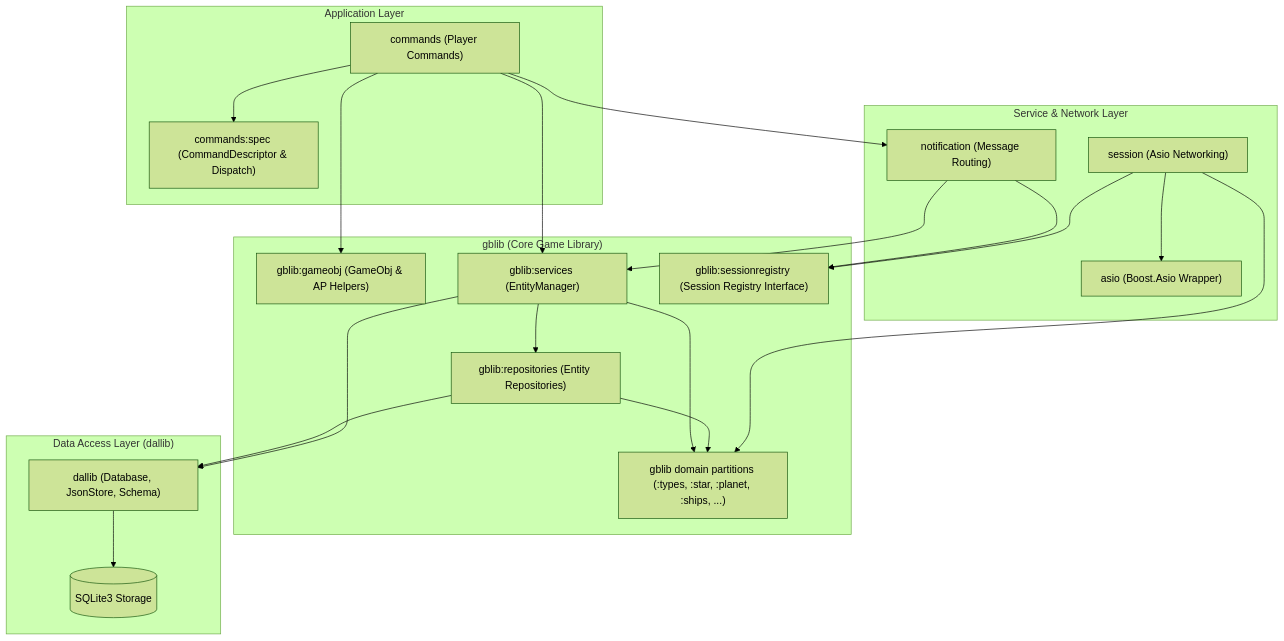
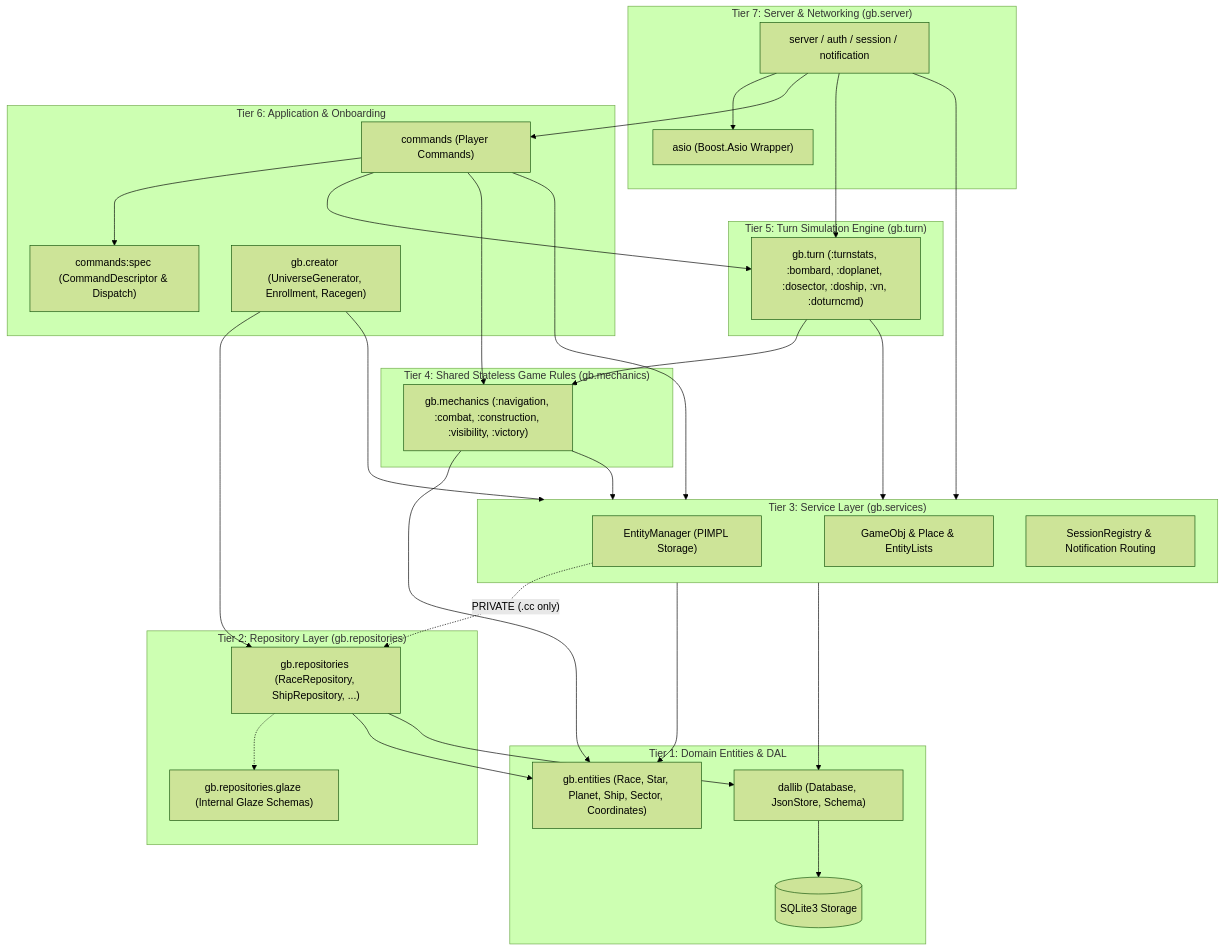
Before and after one commit to kaladron/galactic-bloodshed: the fourth of 4 diagrams in ARCHITECTURE.md, drawn with Mermaid (forest theme). The commit also changed other lines of this file and 1 other file, not shown here.

First line of the commit message:
docs(architecture): document 7-Tier C++26 Module DAG and 3-Tier Placement Rule (Phase 4.3)

````diff
--- a/ARCHITECTURE.md
+++ b/ARCHITECTURE.md
@@ -674,46 +673,66 @@
 ```mermaid
 graph TD
-    subgraph AppLayer ["Application Layer"]
+    subgraph ServerLayer ["Tier 7: Server & Networking (gb.server)"]
+        Server["server / auth / session / notification"]
+        AsioWrapper["asio (Boost.Asio Wrapper)"]
+        Server --> AsioWrapper
+    end
+
+    subgraph AppLayer ["Tier 6: Application & Onboarding"]
         Commands["commands (Player Commands)"]
         Spec["commands:spec (CommandDescriptor & Dispatch)"]
+        Creator["gb.creator (UniverseGenerator, Enrollment, Racegen)"]
         Commands --> Spec
     end
 
-    subgraph ServiceLayer ["Service & Network Layer"]
-        Session["session (Asio Networking)"]
-        Notification["notification (Message Routing)"]
-        AsioWrapper["asio (Boost.Asio Wrapper)"]
-        Session --> AsioWrapper
+    subgraph TurnLayer ["Tier 5: Turn Simulation Engine (gb.turn)"]
+        Turn["gb.turn (:turnstats, :bombard, :doplanet, :dosector, :doship, :vn, :doturncmd)"]
     end
 
-    subgraph CoreLayer ["gblib (Core Game Library)"]
-        GameObjPart["gblib:gameobj (GameObj & AP Helpers)"]
-        ServicesPart["gblib:services (EntityManager)"]
-        ReposPart["gblib:repositories (Entity Repositories)"]
-        SessionRegPart["gblib:sessionregistry (Session Registry Interface)"]
-        DomainPart["gblib domain partitions (:types, :star, :planet, :ships, ...)"]
-        
-        ServicesPart --> ReposPart
-        ServicesPart --> DomainPart
-        ReposPart --> DomainPart
+    subgraph MechanicsLayer ["Tier 4: Shared Stateless Game Rules (gb.mechanics)"]
+        Mechanics["gb.mechanics (:navigation, :combat, :construction, :visibility, :victory)"]
     end
 
-    subgraph DalLayer ["Data Access Layer (dallib)"]
+    subgraph ServicesLayer ["Tier 3: Service Layer (gb.services)"]
+        EntityMgr["EntityManager (PIMPL Storage)"]
+        GameObjPart["GameObj & Place & EntityLists"]
+        SessionRegPart["SessionRegistry & Notification Routing"]
+    end
+
+    subgraph ReposLayer ["Tier 2: Repository Layer (gb.repositories)"]
+        Repos["gb.repositories (RaceRepository, ShipRepository, ...)"]
+        GlazeSchemas["gb.repositories.glaze (Internal Glaze Schemas)"]
+        Repos -.-> GlazeSchemas
+    end
+
+    subgraph FoundationLayer ["Tier 1: Domain Entities & DAL"]
+        Entities["gb.entities (Race, Star, Planet, Ship, Sector, Coordinates)"]
         DAL["dallib (Database, JsonStore, Schema)"]
         SQLite[("SQLite3 Storage")]
         DAL --> SQLite
     end
 
-    Commands --> GameObjPart
-    Commands --> ServicesPart
-    Commands --> Notification
+    Server --> Commands
+    Server --> Turn
+    Server --> ServicesLayer
 
-    Notification --> ServicesPart
-    Notification --> SessionRegPart
+    Commands --> Turn
+    Commands --> Mechanics
+    Commands --> ServicesLayer
 
-    Session --> SessionRegPart
-    Session --> DomainPart
+    Creator --> ServicesLayer
+    Creator --> Repos
 
-    ReposPart --> DAL
-    ServicesPart --> DAL
+    Turn --> Mechanics
+    Turn --> ServicesLayer
+
+    Mechanics --> ServicesLayer
+    Mechanics --> Entities
+
+    ServicesLayer --> Entities
+    ServicesLayer --> DAL
+    EntityMgr -. "PRIVATE (.cc only)" .-> Repos
+
+    Repos --> Entities
+    Repos --> DAL
 ```
````
